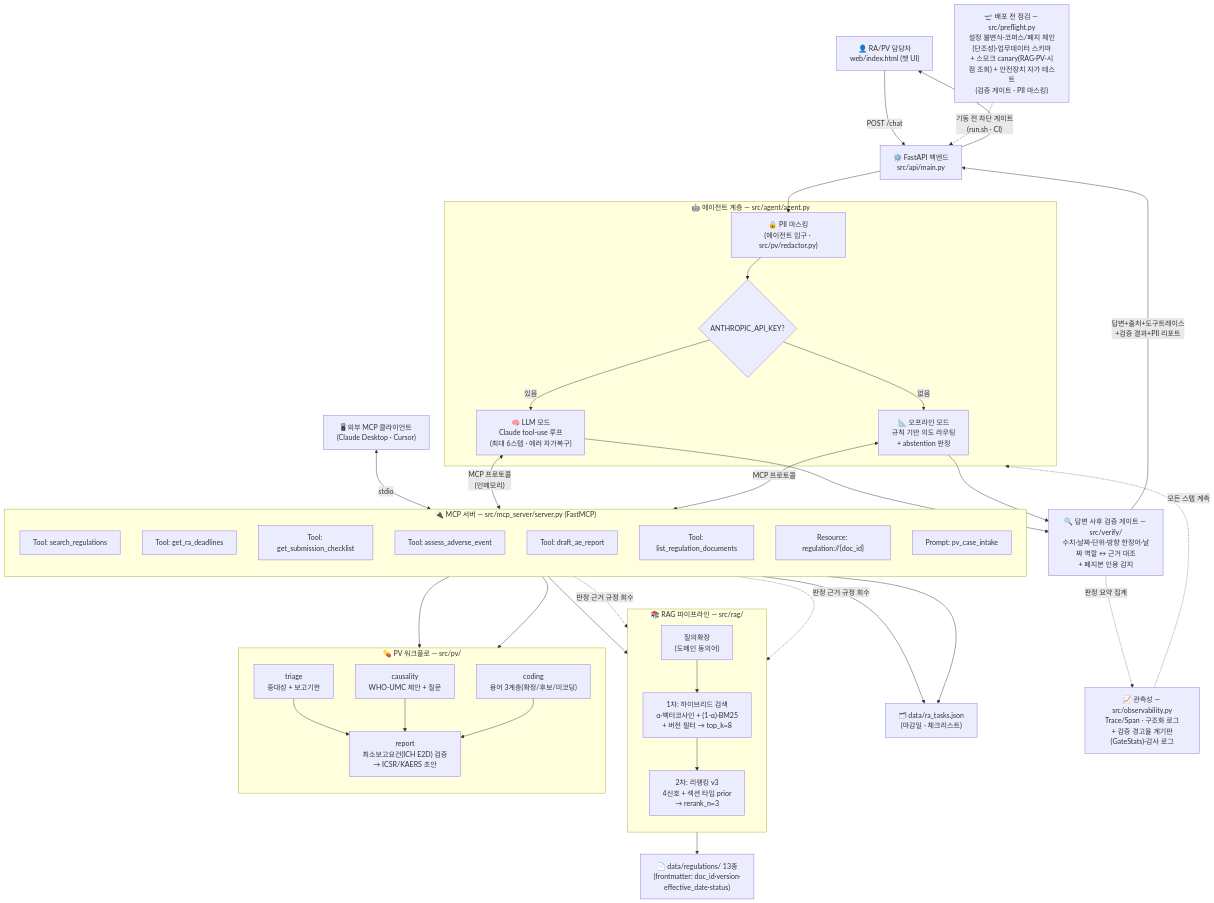
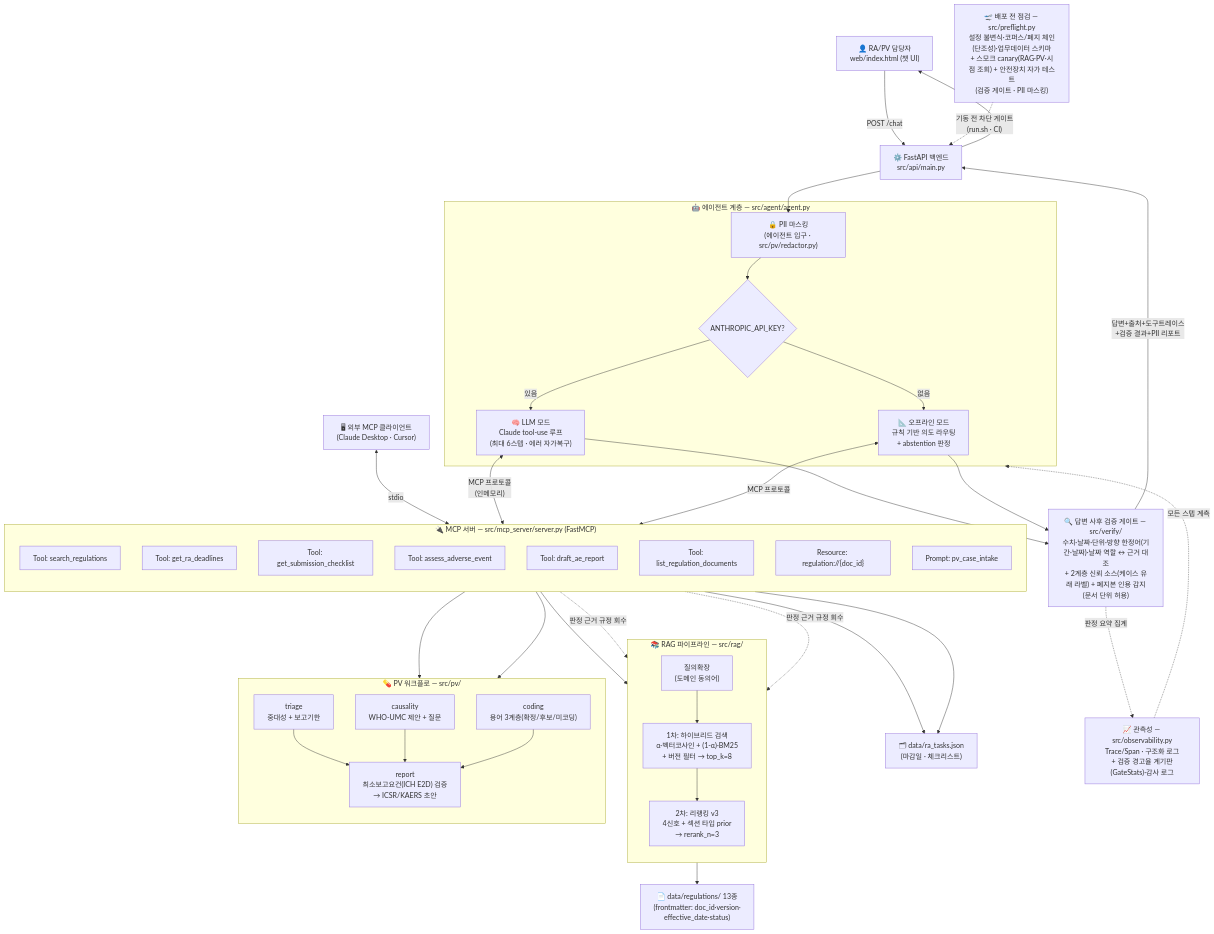
Before and after one commit to chaeyoo/letsgogc: the first of 4 diagrams in project/description/아키텍처.md, drawn with Mermaid. The commit also changed other lines of this file and 17 other files, not shown here.

````diff
--- a/project/description/아키텍처.md
+++ b/project/description/아키텍처.md
@@ -10,61 +10,61 @@
 ```mermaid
 flowchart TB
     U["👤 RA/PV 담당자<br/>web/index.html (챗 UI)"] -->|"POST /chat"| API["⚙️ FastAPI 백엔드<br/>src/api/main.py"]
     EXT["🖥 외부 MCP 클라이언트<br/>(Claude Desktop · Cursor)"] <-->|"stdio"| MCP
 
     API --> RED["🔒 PII 마스킹<br/>(에이전트 입구 · src/pv/redactor.py)"]
 
     subgraph AGENT["🤖 에이전트 계층 — src/agent/agent.py"]
         RED --> MODE{"ANTHROPIC_API_KEY?"}
         MODE -->|있음| LLMM["🧠 LLM 모드<br/>Claude tool-use 루프<br/>(최대 6스텝 · 에러 자가복구)"]
         MODE -->|없음| OFF["📐 오프라인 모드<br/>규칙 기반 의도 라우팅<br/>+ abstention 판정"]
     end
 
     LLMM <-->|"MCP 프로토콜<br/>(인메모리)"| MCP
     OFF <-->|"MCP 프로토콜"| MCP
 
     subgraph MCP["🔌 MCP 서버 — src/mcp_server/server.py (FastMCP)"]
         direction TB
         T1["Tool: search_regulations"]
         T2["Tool: get_ra_deadlines"]
         T3["Tool: get_submission_checklist"]
         T4["Tool: assess_adverse_event"]
         T5["Tool: draft_ae_report"]
         T6["Tool: list_regulation_documents"]
         R1["Resource: regulation://{doc_id}"]
         P1["Prompt: pv_case_intake"]
     end
 
     T1 --> RAGP
     T4 --> PVW
     T5 --> PVW
     T4 -.->|"판정 근거 규정 회수"| RAGP
     T5 -.->|"판정 근거 규정 회수"| RAGP
     T2 --> DB["🗂 data/ra_tasks.json<br/>(마감일 · 체크리스트)"]
     T3 --> DB
 
     subgraph RAGP["📚 RAG 파이프라인 — src/rag/"]
         direction TB
         QE["질의확장<br/>(도메인 동의어)"] --> HY["1차: 하이브리드 검색<br/>α·벡터코사인 + (1-α)·BM25<br/>+ 버전 필터 → top_k=8"]
         HY --> RR["2차: 리랭킹 v3<br/>4신호 + 섹션 타입 prior<br/>→ rerank_n=3"]
     end
 
     subgraph PVW["💊 PV 워크플로 — src/pv/"]
         direction TB
         TR["triage<br/>중대성 + 보고기한"] --> RP["report<br/>최소보고요건(ICH E2D) 검증<br/>→ ICSR/KAERS 초안"]
         CA["causality<br/>WHO-UMC 제안 + 질문"] --> RP
         CO["coding<br/>용어 3계층(확정/후보/미코딩)"] --> RP
     end
 
     RAGP --> DOCS["📄 data/regulations/ 13종<br/>(frontmatter: doc_id·version·<br/>effective_date·status)"]
 
     LLMM --> VER
     OFF --> VER
-    VER["🔍 답변 사후 검증 게이트 — src/verify/<br/>수치·날짜·단위·방향 한정어·날짜 역할 ↔ 근거 대조<br/>+ 폐지본 인용 감지"] -->|"답변+출처+도구트레이스<br/>+검증 결과+PII 리포트"| API
+    VER["🔍 답변 사후 검증 게이트 — src/verify/<br/>수치·날짜·단위·방향 한정어(기간·날짜)·날짜 역할 ↔ 근거 대조<br/>+ 2계층 신뢰 소스(케이스 유래 라벨) + 폐지본 인용 감지(문서 단위 허용)"] -->|"답변+출처+도구트레이스<br/>+검증 결과+PII 리포트"| API
     API --> U
 
     OBS["📈 관측성 — src/observability.py<br/>Trace/Span · 구조화 로그<br/>+ 검증 경고율 계기판(GateStats)·감사 로그"] -.모든 스텝 계측.-> AGENT
     VER -. 판정 요약 집계 .-> OBS
 
     PRE["🛫 배포 전 점검 — src/preflight.py<br/>설정 불변식·코퍼스/폐지 체인(단조성)·업무데이터 스키마<br/>+ 스모크 canary(RAG·PV·시점 조회) + 안전장치 자가 테스트<br/>(검증 게이트 · PII 마스킹)"] -. "기동 전 차단 게이트<br/>(run.sh · CI)" .-> API
 ```
````
